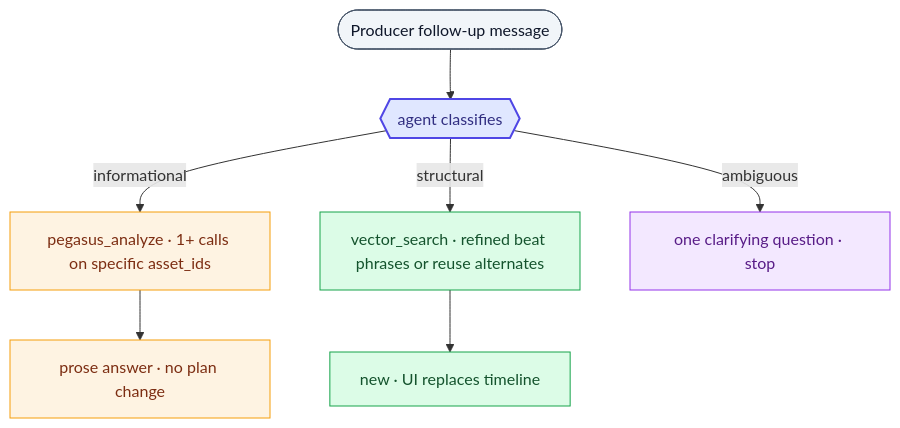
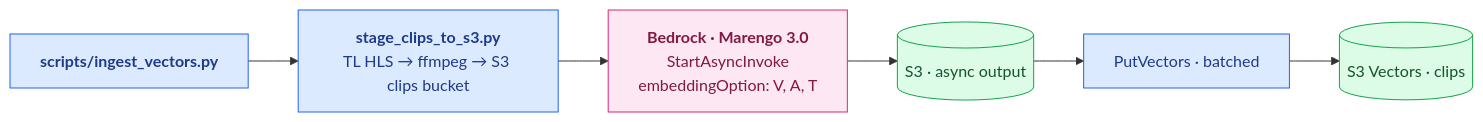
Before and after one commit to twelvelabs-io/tl-agentcore: the fourth of 7 diagrams in docs/whitepaper.md, drawn with Mermaid. The commit also changed other lines of this file and 221 other files, not shown here.

````diff
--- a/docs/whitepaper.md
+++ b/docs/whitepaper.md
@@ -186,24 +466,18 @@
 ```mermaid
-flowchart TD
-    Brief(["Producer follow-up message"]) --> Classify{{"agent classifies"}}
+flowchart LR
+    Script["<b>scripts/ingest_vectors.py</b>"]
+    Stage["<b>stage_clips_to_s3.py</b><br/>TL HLS → ffmpeg → S3 clips bucket"]
+    Embed["<b>Bedrock · Marengo 3.0</b><br/>StartAsyncInvoke<br/>embeddingOption: V, A, T"]
+    Output[("S3 · async output")]
+    Put["PutVectors · batched"]
+    Index[("S3 Vectors · clips")]
 
-    Classify -- informational --> Pegasus["pegasus_analyze · 1+ calls on specific asset_ids"]
-    Pegasus --> Prose["prose answer · no plan change"]
+    Script --> Stage --> Embed --> Output --> Put --> Index
 
-    Classify -- structural --> Search["vector_search · refined beat phrases or reuse alternates"]
-    Search --> NewPlan["new <plan> · UI replaces timeline"]
-
-    Classify -- ambiguous --> Ask["one clarifying question · stop"]
-
-    classDef agent   fill:#e0e7ff,stroke:#4f46e5,stroke-width:2px,color:#312e81
-    classDef pegasus fill:#fef3e2,stroke:#f59e0b,color:#7c2d12
-    classDef retrieval fill:#dcfce7,stroke:#16a34a,color:#14532d
-    classDef ask     fill:#f3e8ff,stroke:#9333ea,color:#581c87
-    classDef io      fill:#f1f5f9,stroke:#475569,color:#0f172a
-
-    class Classify agent
-    class Pegasus,Prose pegasus
-    class Search,NewPlan retrieval
-    class Ask ask
-    class Brief io
+    classDef step    fill:#dbeafe,stroke:#2563eb,color:#1e3a8a
+    classDef bedrock fill:#fce7f3,stroke:#db2777,color:#831843
+    classDef store   fill:#dcfce7,stroke:#16a34a,color:#14532d
+    class Script,Stage,Put step
+    class Embed bedrock
+    class Output,Index store
 ```
````
